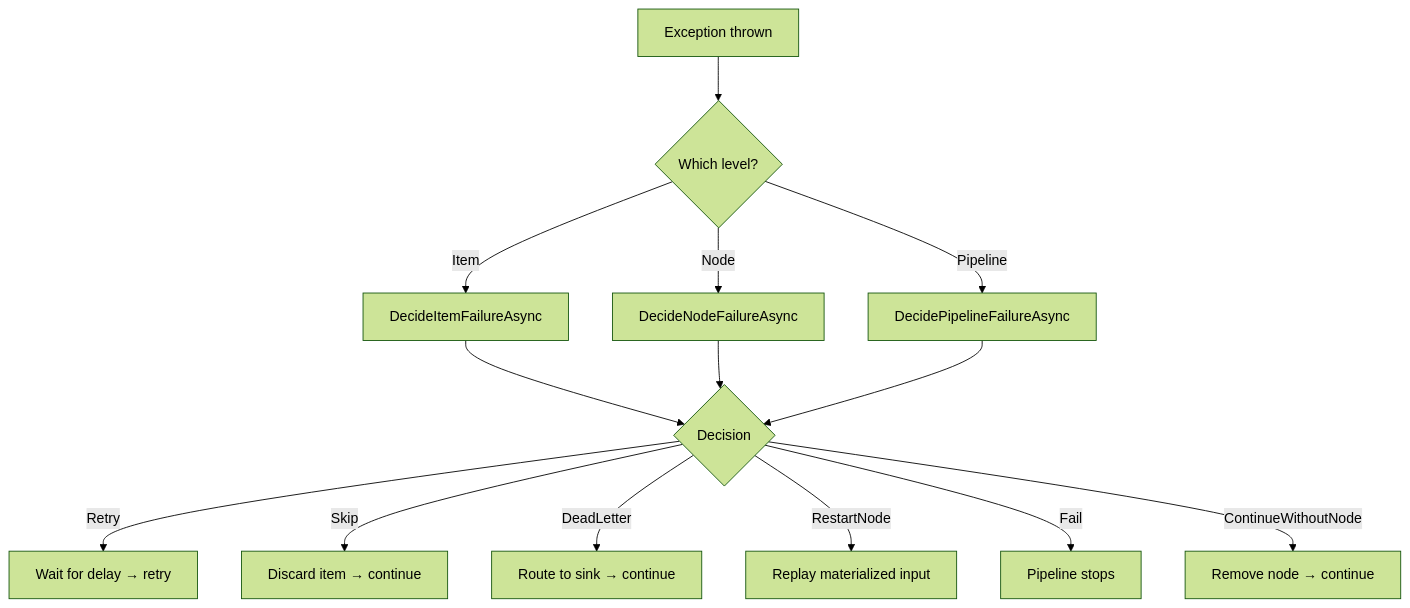
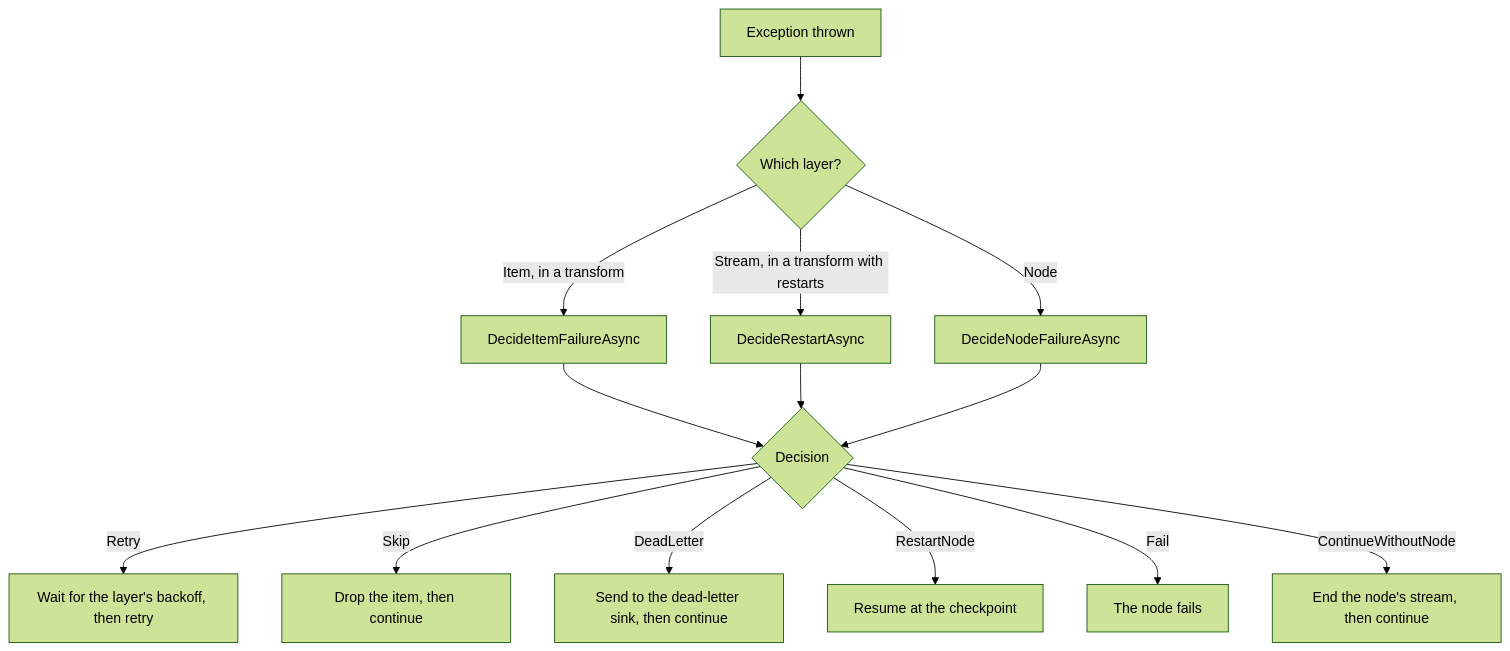
The diagram in docs/error-handling/index.md (npipeline/docs.npipeline.net), drawn with Mermaid (forest theme) before and after one commit. The commit also changed other lines of this file and 43 other files, not shown here.

````diff
--- a/docs/error-handling/index.md
+++ b/docs/error-handling/index.md
@@ -108,16 +122,16 @@
 ```mermaid
 flowchart TD
-    A[Exception thrown] --> B{Which level?}
-    B -->|Item| C[DecideItemFailureAsync]
-    B -->|Node| D[DecideNodeFailureAsync]
-    B -->|Pipeline| E[DecidePipelineFailureAsync]
+    A[Exception thrown] --> B{Which layer?}
+    B -->|Item, in a transform| C[DecideItemFailureAsync]
+    B -->|Stream, in a transform with restarts| D[DecideRestartAsync]
+    B -->|Node| E[DecideNodeFailureAsync]
     C --> F{Decision}
     D --> F
     E --> F
-    F -->|Retry| G[Wait for delay → retry]
-    F -->|Skip| H[Discard item → continue]
-    F -->|DeadLetter| I[Route to sink → continue]
-    F -->|RestartNode| J[Replay materialized input]
-    F -->|Fail| K[Pipeline stops]
-    F -->|ContinueWithoutNode| L[Remove node → continue]
+    F -->|Retry| G[Wait for the layer's backoff, then retry]
+    F -->|Skip| H[Drop the item, then continue]
+    F -->|DeadLetter| I[Send to the dead-letter sink, then continue]
+    F -->|RestartNode| J[Resume at the checkpoint]
+    F -->|Fail| K[The node fails]
+    F -->|ContinueWithoutNode| L[End the node's stream, then continue]
 ```
````
